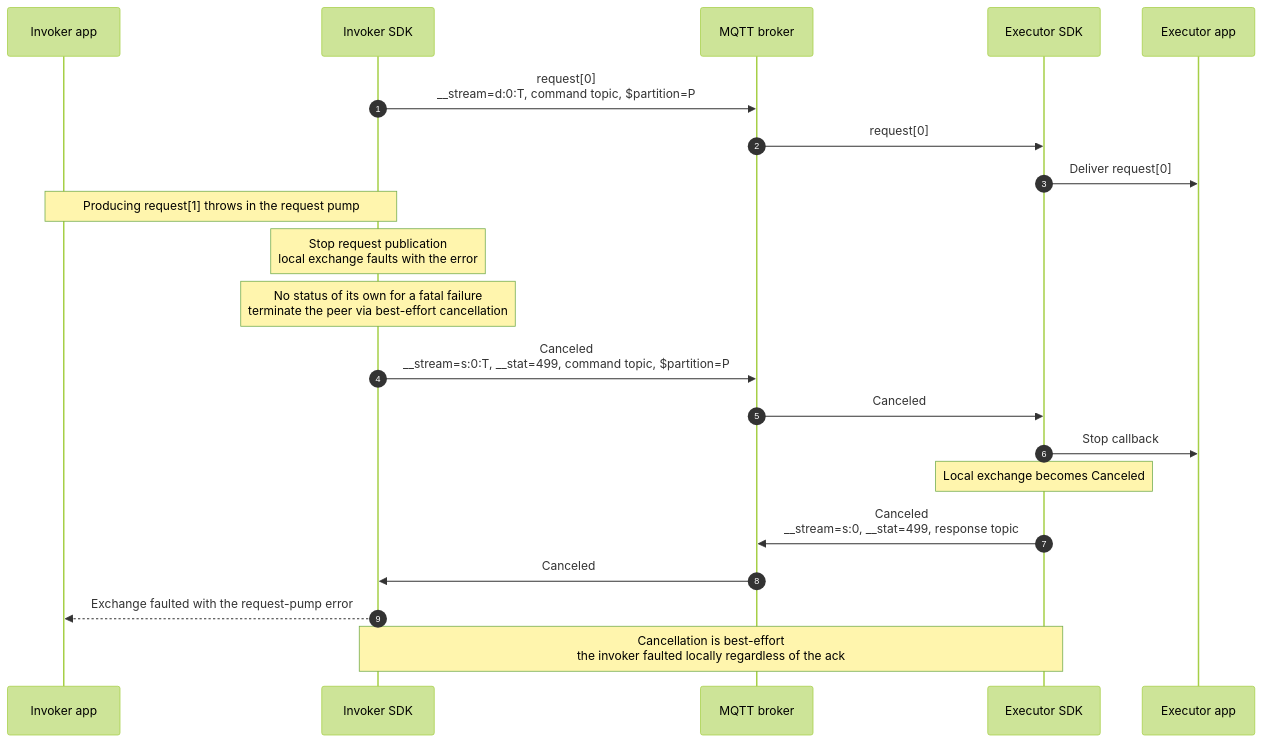
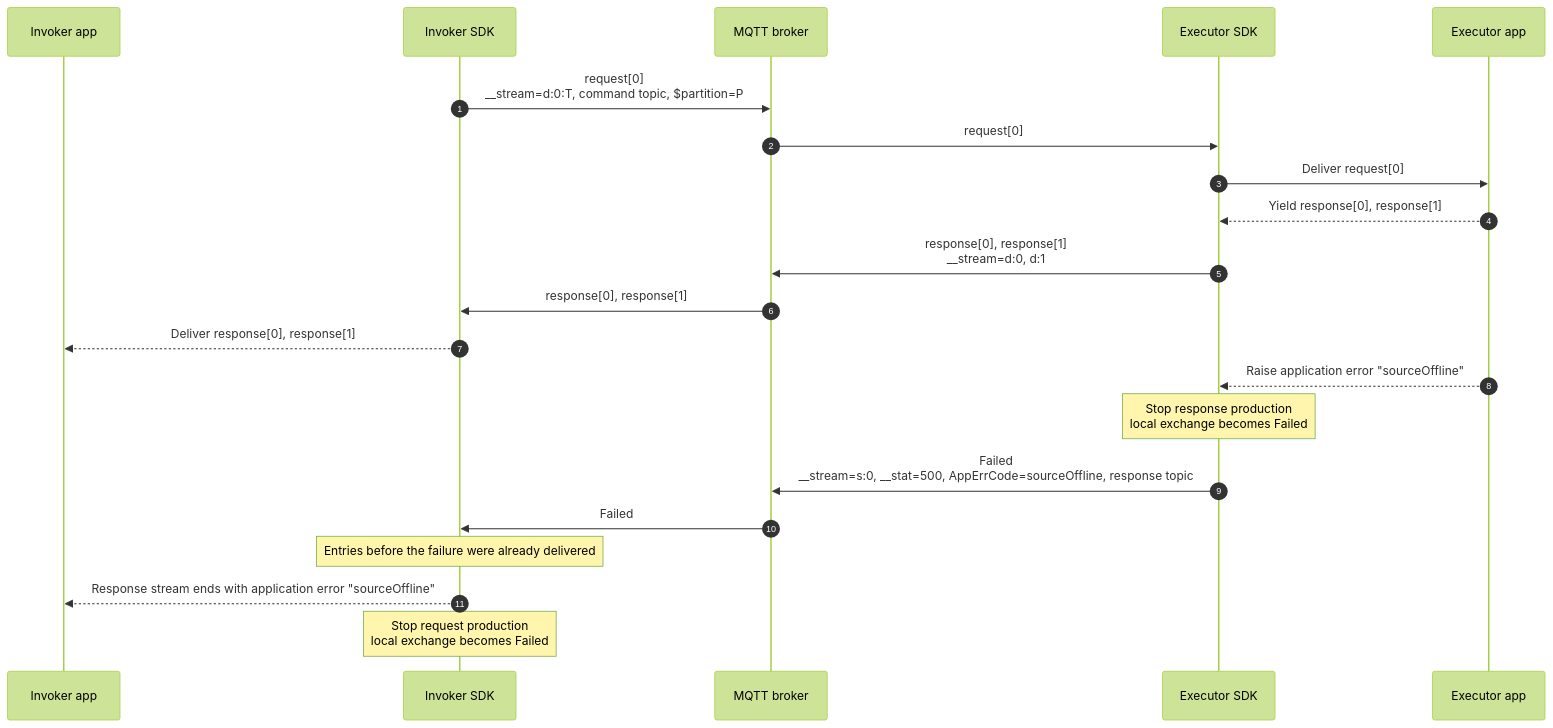
One commit to Azure/iot-operations-sdks changed the eighth of 10 diagrams in doc/dev/adr/0025-rpc-streaming-lifecycle-diagrams.md. Above: the diagram before and after it, drawn with Mermaid (forest theme). The commit also changed other lines of this file and 3 other files, not shown here.

First line of the commit message:
ADR 25: add stream failure status and error reporting

````diff
--- a/doc/dev/adr/0025-rpc-streaming-lifecycle-diagrams.md
+++ b/doc/dev/adr/0025-rpc-streaming-lifecycle-diagrams.md
@@ -325,24 +326,24 @@
 ```mermaid
 sequenceDiagram
     autonumber
     participant IA as Invoker app
     participant IS as Invoker SDK
     participant B as MQTT broker
     participant ES as Executor SDK
     participant EA as Executor app
 
     IS->>B: request[0]<br/>__stream=d:0:T, command topic, $partition=P
     B->>ES: request[0]
     ES->>EA: Deliver request[0]
-    Note over IA,IS: Producing request[1] throws in the request pump
-    Note over IS: Stop request publication<br/>local exchange faults with the error
-    Note over IS: No status of its own for a fatal failure<br/>terminate the peer via best-effort cancellation
-    IS->>B: Canceled<br/>__stream=s:0:T, __stat=499, command topic, $partition=P
-    B->>ES: Canceled
-    ES->>EA: Stop callback
-    Note over ES: Local exchange becomes Canceled
-    ES->>B: Canceled<br/>__stream=s:0, __stat=499, response topic
-    B->>IS: Canceled
-    IS-->>IA: Exchange faulted with the request-pump error
-    Note over IS,ES: Cancellation is best-effort<br/>the invoker faulted locally regardless of the ack
+    EA-->>ES: Yield response[0], response[1]
+    ES->>B: response[0], response[1]<br/>__stream=d:0, d:1
+    B->>IS: response[0], response[1]
+    IS-->>IA: Deliver response[0], response[1]
+    EA-->>ES: Raise application error "sourceOffline"
+    Note over ES: Stop response production<br/>local exchange becomes Failed
+    ES->>B: Failed<br/>__stream=s:0, __stat=500, AppErrCode=sourceOffline, response topic
+    B->>IS: Failed
+    Note over IS: Entries before the failure were already delivered
+    IS-->>IA: Response stream ends with application error "sourceOffline"
+    Note over IS: Stop request production<br/>local exchange becomes Failed
 ```
````
